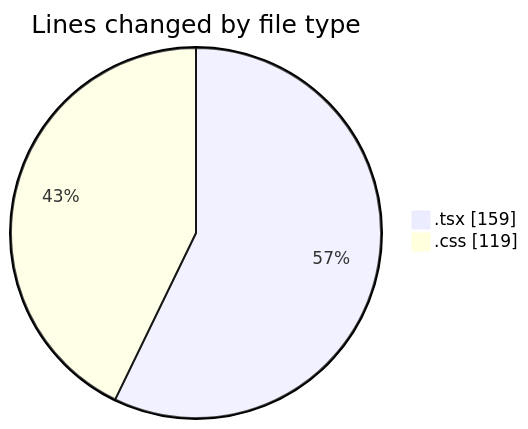
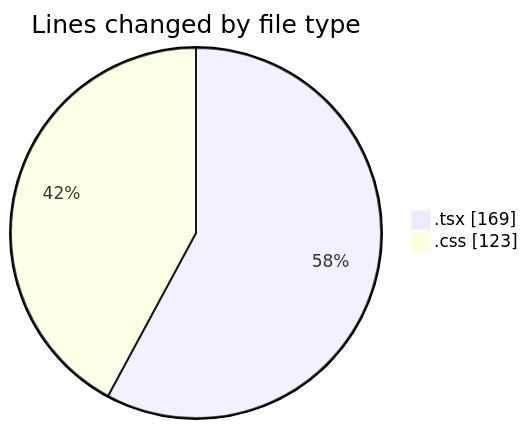
One commit to robertbonfada/code-tracking changed the first of 2 diagrams in 2025-01-09/mbc-web/README.md. Above: the diagram before and after it, drawn with Mermaid. The commit also changed other lines of this file and 1 other file, not shown here.

````diff
--- a/2025-01-09/mbc-web/README.md
+++ b/2025-01-09/mbc-web/README.md
@@ -27,6 +27,6 @@
 ```mermaid
 pie showData
 title Lines changed by file type
-".tsx" : 159
-".css" : 119
+".tsx" : 169
+".css" : 123
 ```
````
